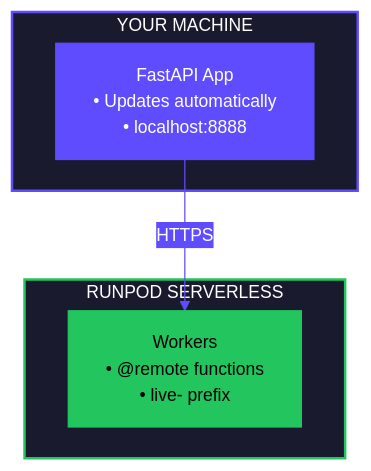
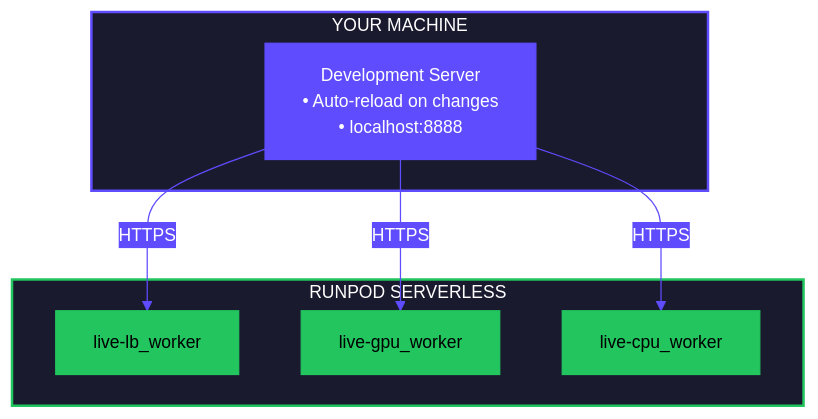
One commit to runpod/docs changed the second of 3 diagrams in flash/apps/overview.mdx. Above: the diagram before and after it, drawn with Mermaid. The commit also changed other lines of this file and 28 other files, not shown here.

Commit message:
Update flash init/run/deploy architecture, add resource configuration section, add flash load balancing tutorial

````diff
--- a/flash/apps/overview.mdx
+++ b/flash/apps/overview.mdx
@@ -143,19 +143,25 @@
 ```mermaid
 %%{init: {'theme':'base', 'themeVariables': { 'primaryColor':'#9289FE','primaryTextColor':'#fff','primaryBorderColor':'#9289FE','lineColor':'#5F4CFE','secondaryColor':'#AE6DFF','tertiaryColor':'#FCB1FF','edgeLabelBackground':'#5F4CFE', 'fontSize':'14px','fontFamily':'font-inter'}}}%%
 
 flowchart TB
     subgraph Local ["YOUR MACHINE"]
-        FastAPI["FastAPI App<br/>• Updates automatically<br/>• localhost:8888"]
+        DevServer["Development Server<br/>• Auto-reload on changes<br/>• localhost:8888"]
     end
 
     subgraph Runpod ["RUNPOD SERVERLESS"]
-        Workers["Workers<br/>• @remote functions<br/>• live- prefix"]
+        LB["live-lb_worker"]
+        GPU["live-gpu_worker"]
+        CPU["live-cpu_worker"]
     end
 
-    FastAPI -->|"HTTPS"| Workers
+    DevServer -->|"HTTPS"| LB
+    DevServer -->|"HTTPS"| GPU
+    DevServer -->|"HTTPS"| CPU
 
     style Local fill:#1a1a2e,stroke:#5F4CFE,stroke-width:2px,color:#fff
     style Runpod fill:#1a1a2e,stroke:#22C55E,stroke-width:2px,color:#fff
-    style FastAPI fill:#5F4CFE,stroke:#5F4CFE,color:#fff
-    style Workers fill:#22C55E,stroke:#22C55E,color:#000
+    style DevServer fill:#5F4CFE,stroke:#5F4CFE,color:#fff
+    style LB fill:#22C55E,stroke:#22C55E,color:#000
+    style GPU fill:#22C55E,stroke:#22C55E,color:#000
+    style CPU fill:#22C55E,stroke:#22C55E,color:#000
 ```
````
